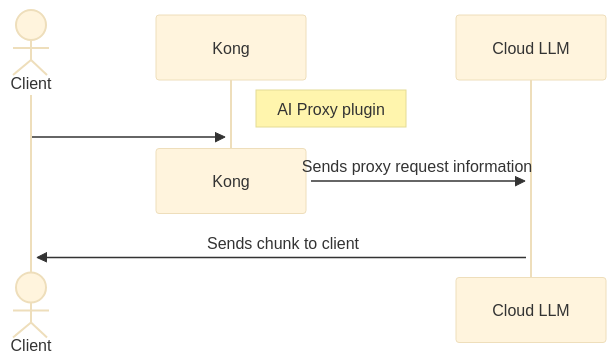
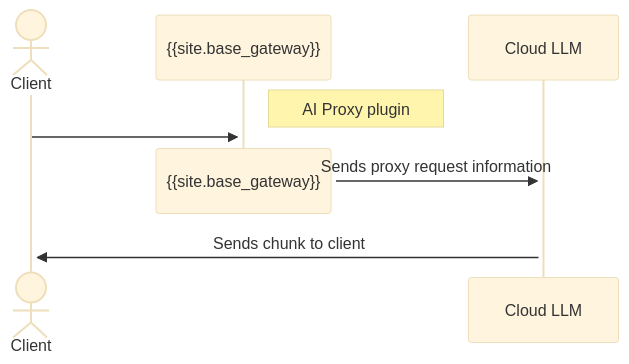
Before and after one commit to Kong/docs.konghq.com: the first of 2 diagrams in app/_hub/kong-inc/ai-proxy/how-to/_streaming.md, drawn with Mermaid (base theme). The commit also changed other lines of this file and 2 other files, not shown here.

```diff
--- a/app/_hub/kong-inc/ai-proxy/how-to/_streaming.md
+++ b/app/_hub/kong-inc/ai-proxy/how-to/_streaming.md
@@ -57,10 +53,10 @@
 {% mermaid %}
 sequenceDiagram    
   actor Client
-  participant Kong
-  Note right of Kong: AI Proxy plugin
-  Client->>+Kong: 
-  destroy Kong
-  Kong->>+Cloud LLM: Sends proxy request information
+  participant {{site.base_gateway}}
+  Note right of {{site.base_gateway}}: AI Proxy plugin
+  Client->>+{{site.base_gateway}}: 
+  destroy {{site.base_gateway}}
+  {{site.base_gateway}}->>+Cloud LLM: Sends proxy request information
   Cloud LLM->>+Client: Sends chunk to client
 {% endmermaid %}
```
